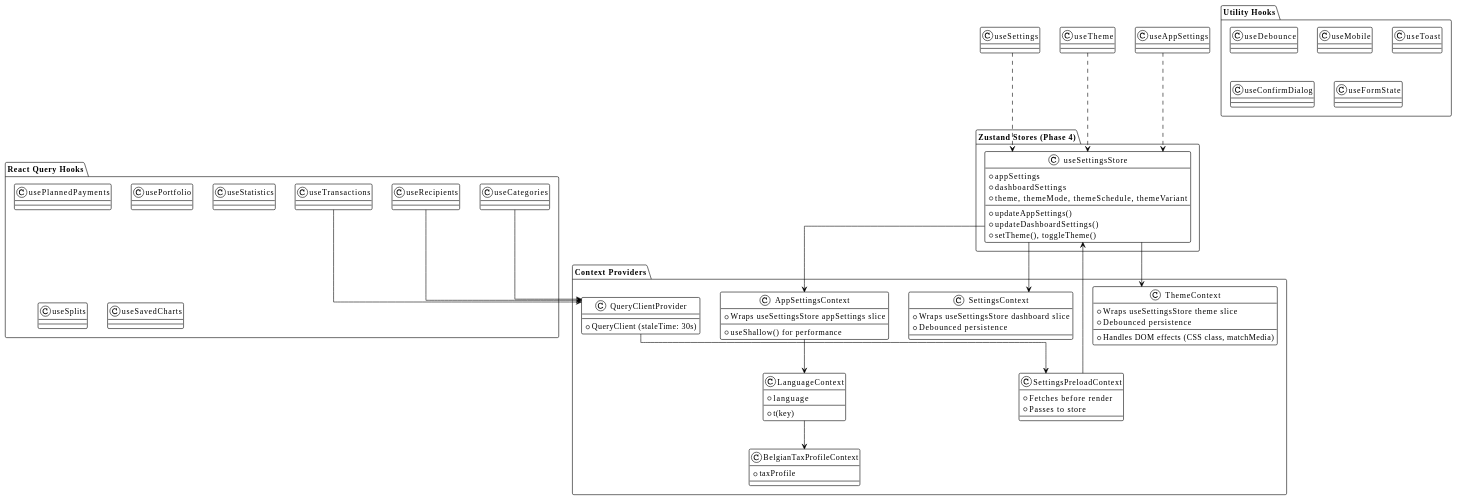
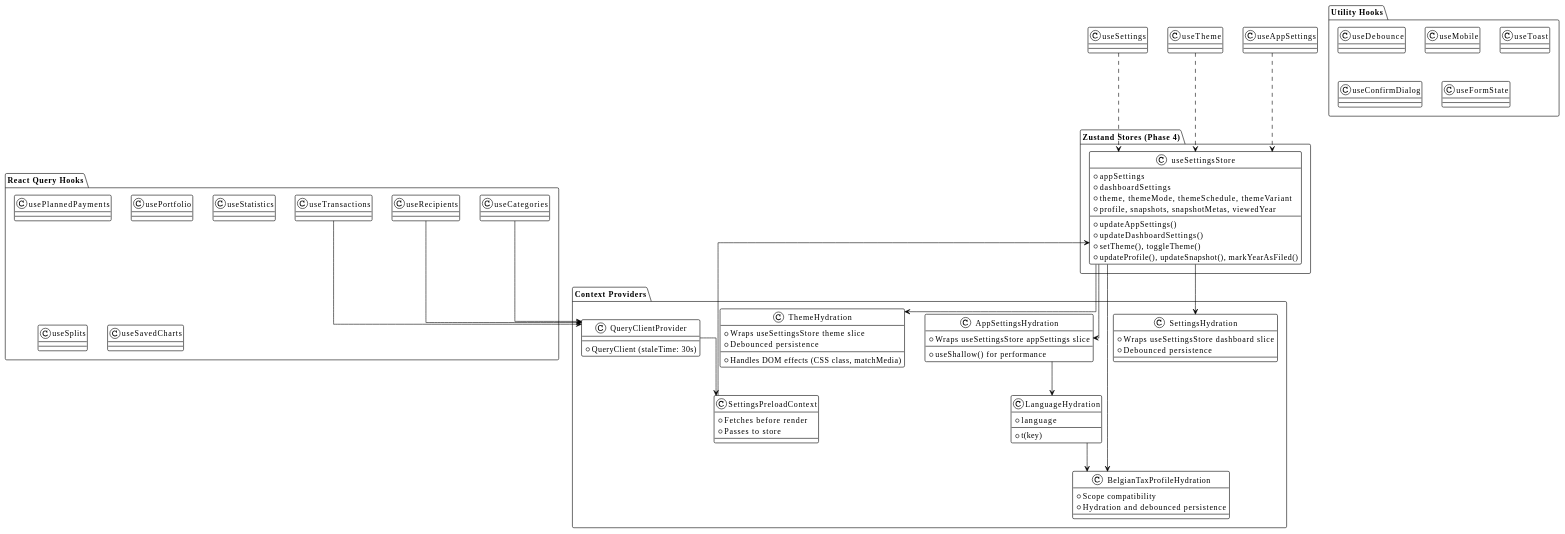
Before and after one commit to EraPartner/Vision: the second of 8 diagrams in docs/architecture/frontend-architecture.md, drawn with PlantUML. The commit also changed other lines of this file and 117 other files, not shown here.

Commit message:
docs: synchronize architecture and completed findings

```diff
--- a/docs/architecture/frontend-architecture.md
+++ b/docs/architecture/frontend-architecture.md
@@ -224,9 +230,11 @@
     +appSettings
     +dashboardSettings
     +theme, themeMode, themeSchedule, themeVariant
+    +profile, snapshots, snapshotMetas, viewedYear
     +updateAppSettings()
     +updateDashboardSettings()
     +setTheme(), toggleTheme()
+    +updateProfile(), updateSnapshot(), markYearAsFiled()
   }
 }
 
@@ -240,29 +248,30 @@
     +Passes to store
   }
 
-  class ThemeContext {
+  class ThemeHydration {
     +Wraps useSettingsStore theme slice
     +Handles DOM effects (CSS class, matchMedia)
     +Debounced persistence
   }
 
-  class SettingsContext {
+  class SettingsHydration {
     +Wraps useSettingsStore dashboard slice
     +Debounced persistence
   }
 
-  class AppSettingsContext {
+  class AppSettingsHydration {
     +Wraps useSettingsStore appSettings slice
     +useShallow() for performance
   }
 
-  class LanguageContext {
+  class LanguageHydration {
     +language
     +t(key)
   }
 
-  class BelgianTaxProfileContext {
-    +taxProfile
+  class BelgianTaxProfileHydration {
+    +Scope compatibility
+    +Hydration and debounced persistence
   }
 }
 
@@ -287,11 +296,12 @@
 
 QueryClientProvider --> SettingsPreloadContext
 SettingsPreloadContext --> useSettingsStore
-useSettingsStore --> ThemeContext
-useSettingsStore --> SettingsContext
-useSettingsStore --> AppSettingsContext
-AppSettingsContext --> LanguageContext
-LanguageContext --> BelgianTaxProfileContext
+useSettingsStore --> ThemeHydration
+useSettingsStore --> SettingsHydration
+useSettingsStore --> AppSettingsHydration
+AppSettingsHydration --> LanguageHydration
+useSettingsStore --> BelgianTaxProfileHydration
+LanguageHydration --> BelgianTaxProfileHydration
 
 useTransactions --> QueryClientProvider
 useCategories --> QueryClientProvider
```
